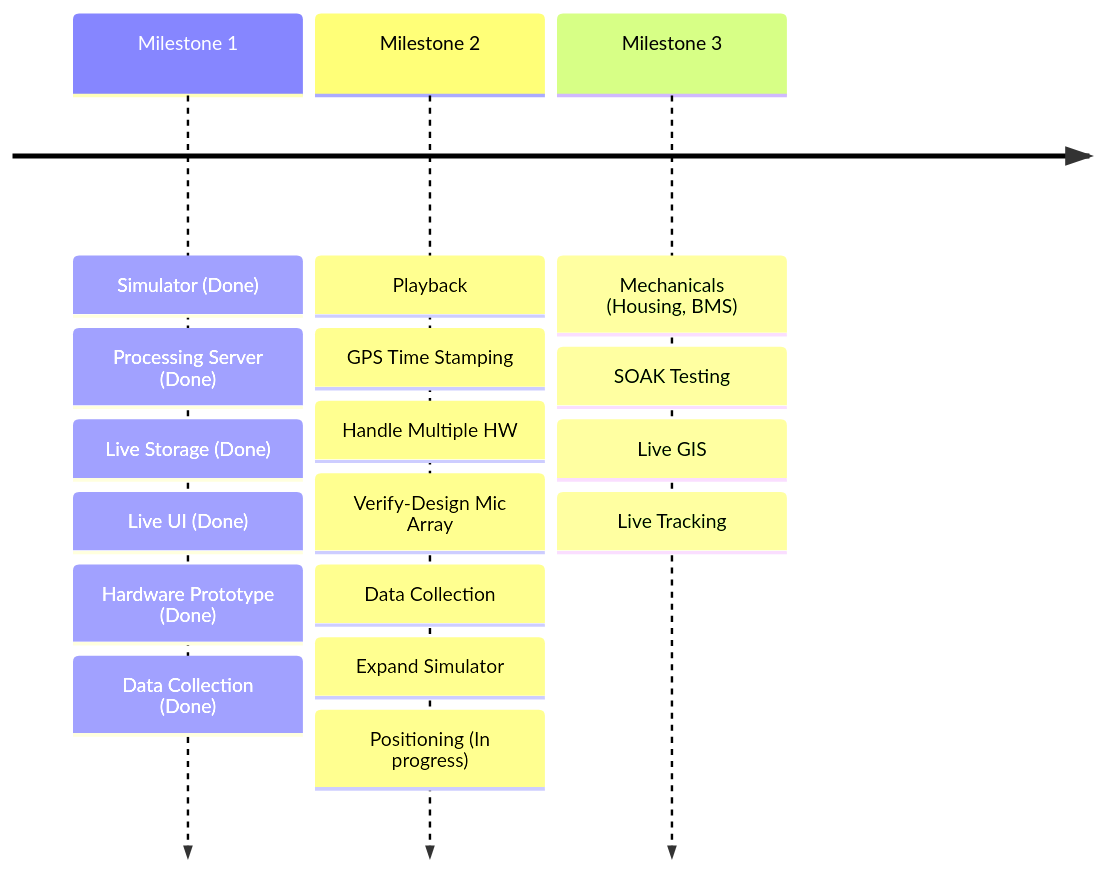
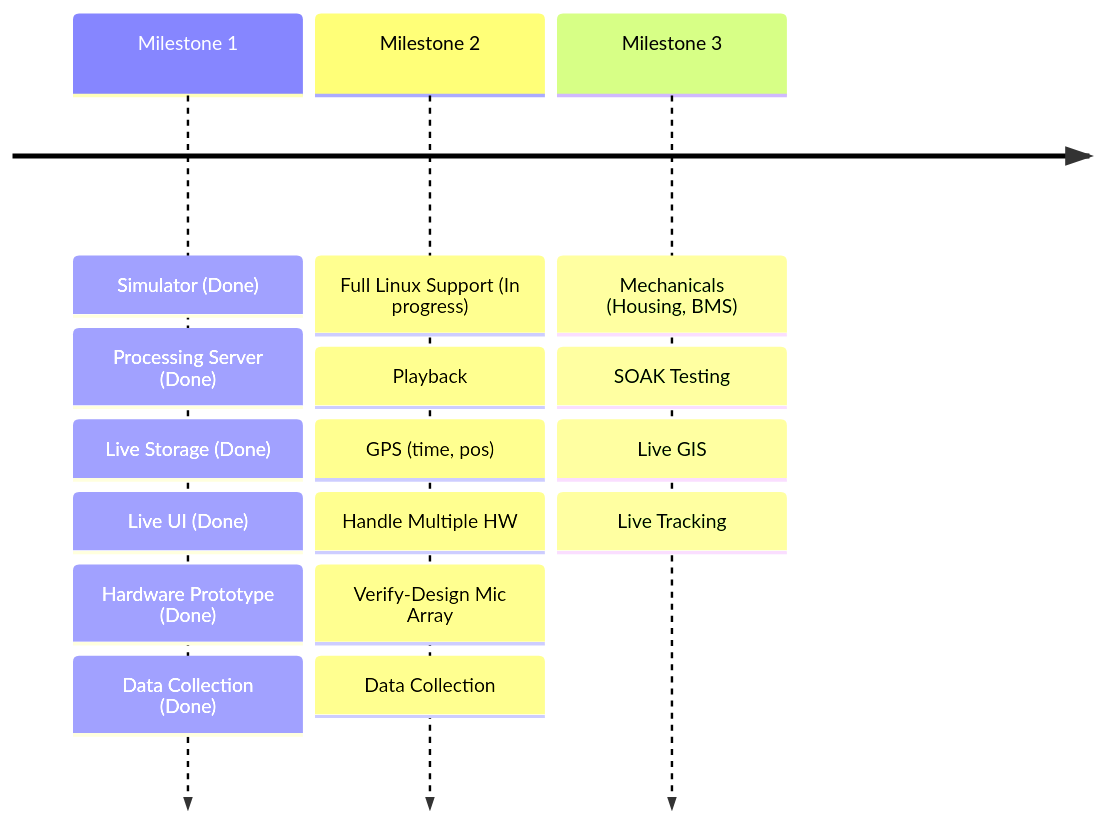
Before and after one commit to Sense-Scape/.github: the second of 2 diagrams in profile/README.md, drawn with Mermaid.

````diff
--- a/profile/README.md
+++ b/profile/README.md
@@ -54,8 +54,8 @@
 ``` mermaid
 
 timeline
     Milestone 1 : Simulator (Done) : Processing Server (Done) : Live Storage (Done) : Live UI (Done) : Hardware Prototype (Done) : Data Collection (Done)
-    Milestone 2 : Playback : GPS Time Stamping : Handle Multiple HW : Verify-Design Mic Array : Data Collection : Expand Simulator : Positioning (In progress)
+    Milestone 2 : Full Linux Support (In progress) : Playback : GPS (time, pos) : Handle Multiple HW : Verify-Design Mic Array : Data Collection
     Milestone 3 : Mechanicals (Housing, BMS) : SOAK Testing : Live GIS : Live Tracking
 
 ```
````
